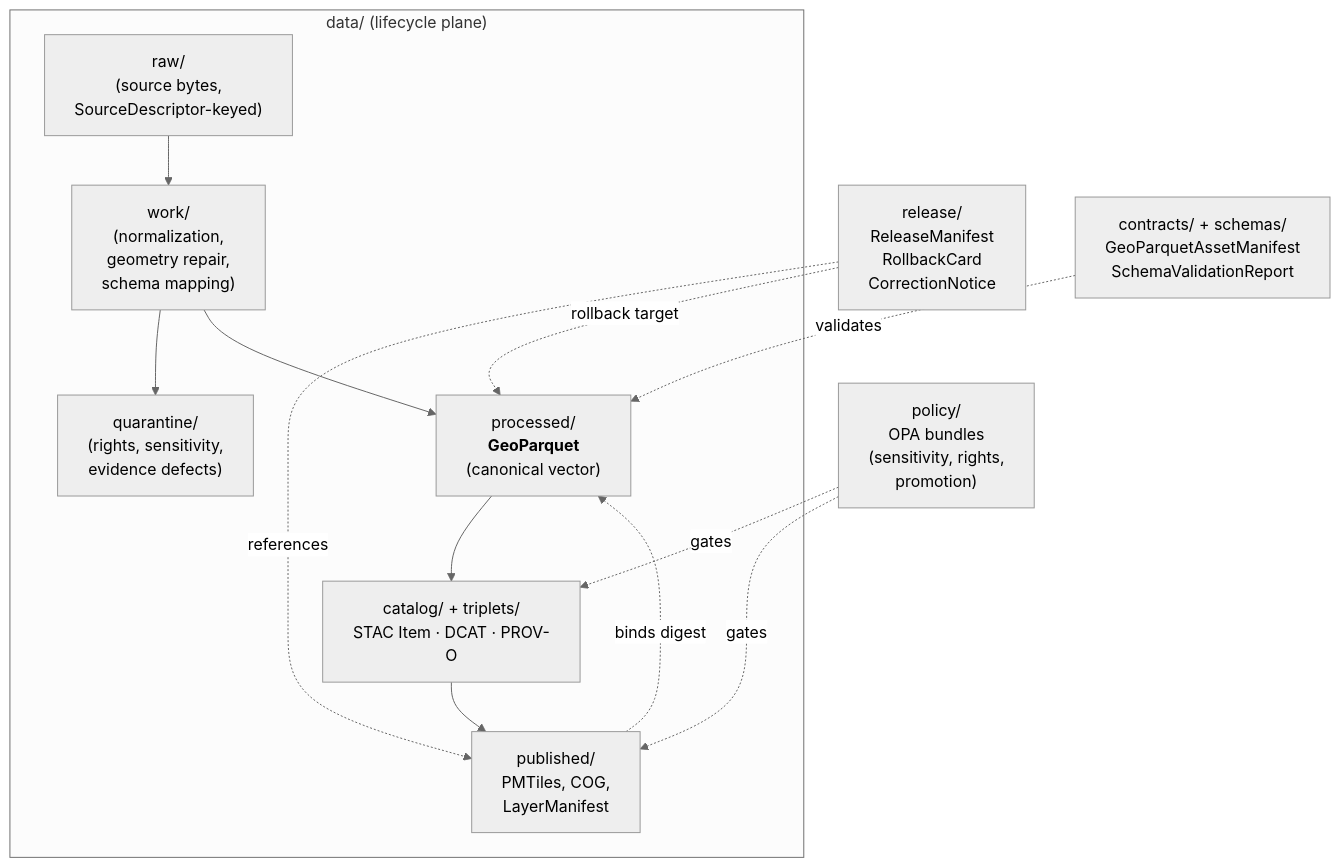
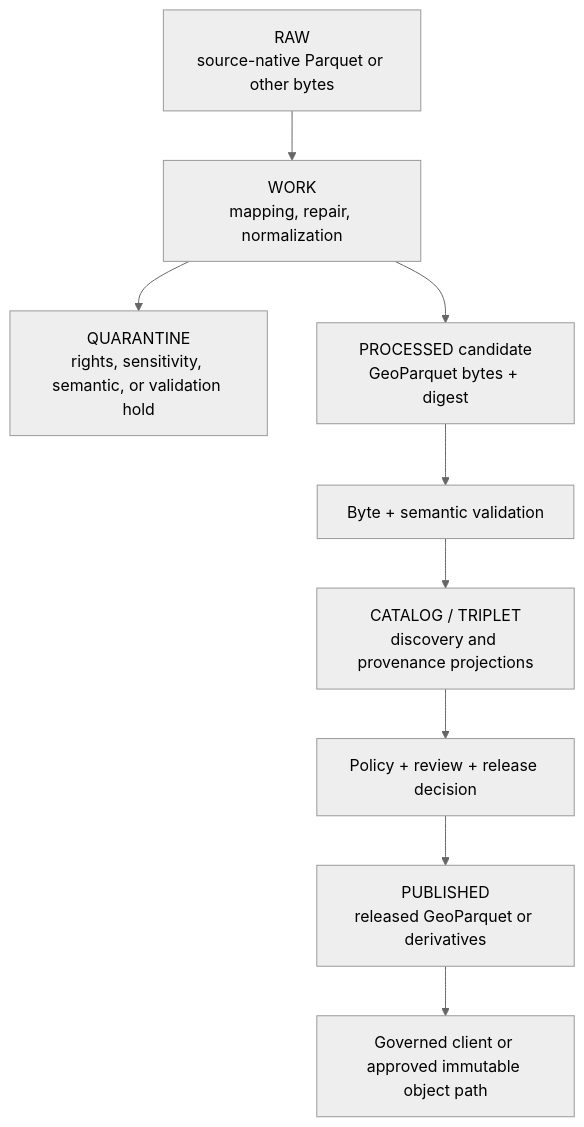
The second of 2 diagrams in docs/standards/GEOPARQUET.md (bartytime4life/Kansas-Frontier-Matrix), drawn with Mermaid (neutral theme) before and after one commit. The commit also changed other lines of this file, not shown here.

Commit message:
docs(standards): ground GeoParquet guidance in current evidence

````diff
--- a/docs/standards/GEOPARQUET.md
+++ b/docs/standards/GEOPARQUET.md
@@ -235,28 +379,21 @@
 ```mermaid
 flowchart TB
-  subgraph DATA["data/  (lifecycle plane)"]
-    RAW["raw/<br/>(source bytes,<br/>SourceDescriptor-keyed)"]
-    WORK["work/<br/>(normalization,<br/>geometry repair,<br/>schema mapping)"]
-    QUAR["quarantine/<br/>(rights, sensitivity,<br/>evidence defects)"]
-    PROC["processed/<br/><b>GeoParquet</b><br/>(canonical vector)"]
-    CAT["catalog/ + triplets/<br/>STAC Item · DCAT · PROV-O"]
-    PUB["published/<br/>PMTiles, COG,<br/>LayerManifest"]
-  end
-
-  REL["release/<br/>ReleaseManifest<br/>RollbackCard<br/>CorrectionNotice"]
-  CONT["contracts/ + schemas/<br/>GeoParquetAssetManifest<br/>SchemaValidationReport"]
-  POL["policy/<br/>OPA bundles<br/>(sensitivity, rights,<br/>promotion)"]
+  RAW["RAW<br/>source-native Parquet or other bytes"]
+  WORK["WORK<br/>mapping, repair, normalization"]
+  HOLD["QUARANTINE<br/>rights, sensitivity, semantic, or validation hold"]
+  PROC["PROCESSED candidate<br/>GeoParquet bytes + digest"]
+  VAL["Byte + semantic validation"]
+  CAT["CATALOG / TRIPLET<br/>discovery and provenance projections"]
+  REV["Policy + review + release decision"]
+  PUB["PUBLISHED<br/>released GeoParquet or derivatives"]
+  CLIENT["Governed client or approved immutable object path"]
 
   RAW --> WORK
-  WORK --> QUAR
+  WORK --> HOLD
   WORK --> PROC
-  PROC --> CAT
-  CAT --> PUB
-  PUB -. binds digest .-> PROC
-
-  CONT -. validates .-> PROC
-  POL -. gates .-> CAT
-  POL -. gates .-> PUB
-  REL -. references .-> PUB
-  REL -. rollback target .-> PROC
+  PROC --> VAL
+  VAL --> CAT
+  CAT --> REV
+  REV --> PUB
+  PUB --> CLIENT
 ```
````
